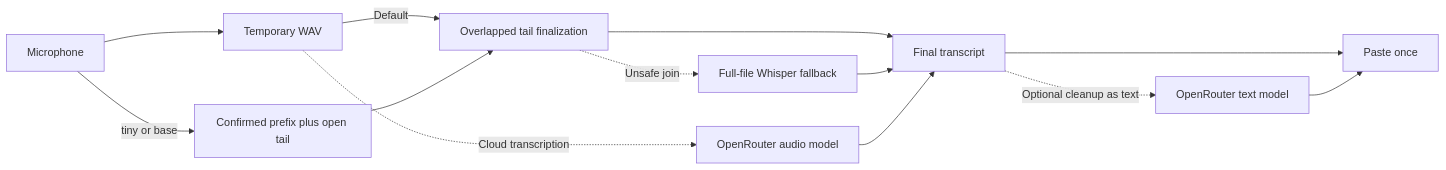
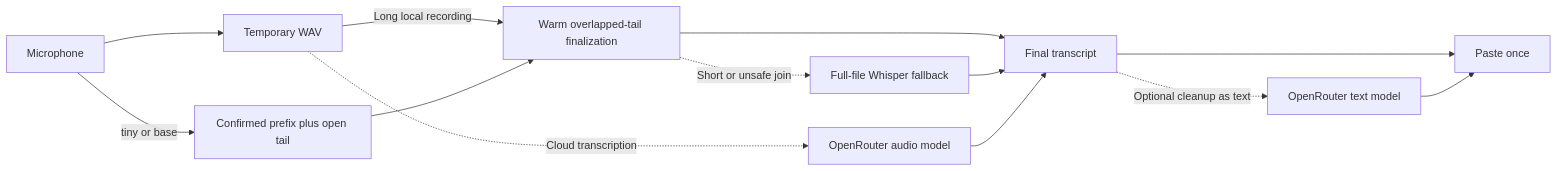
The second of 2 diagrams in README.md (adevol/VoiceCommander), drawn with Mermaid before and after one commit. The commit also changed other lines of this file, not shown here.

Commit message:
docs: clarify long-form preview reuse

````diff
--- a/README.md
+++ b/README.md
@@ -71,15 +73,15 @@
 ```mermaid
 flowchart LR
     A[Microphone] --> B[Temporary WAV]
     A -->|tiny or base| P[Confirmed prefix plus open tail]
-    B -->|Default| C[Overlapped tail finalization]
+    B -->|Long local recording| C[Warm overlapped-tail finalization]
     P --> C
-    C -. Unsafe join .-> H[Full-file Whisper fallback]
+    C -. Short or unsafe join .-> H[Full-file Whisper fallback]
     B -. Cloud transcription .-> D[OpenRouter audio model]
     C --> E[Final transcript]
     H --> E
     D --> E
     E --> F[Paste once]
     E -. Optional cleanup as text .-> G[OpenRouter text model]
     G --> F
 ```
````
